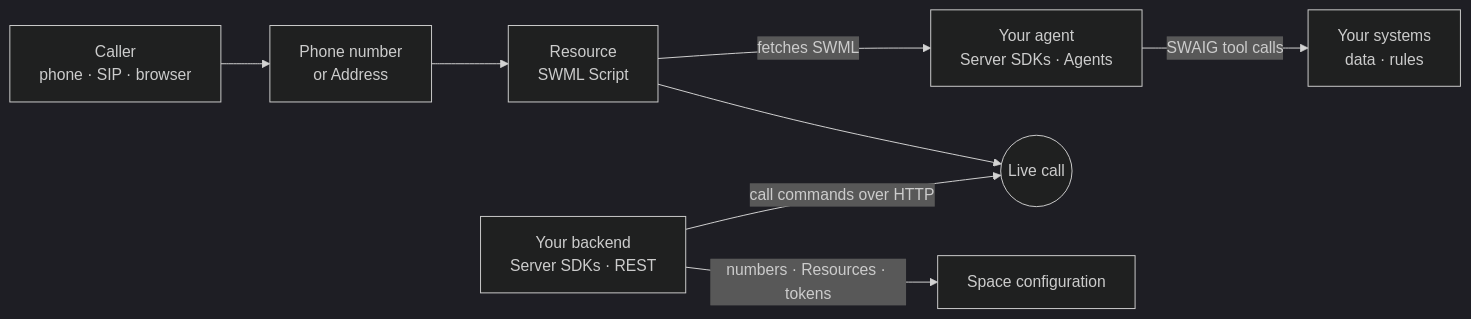
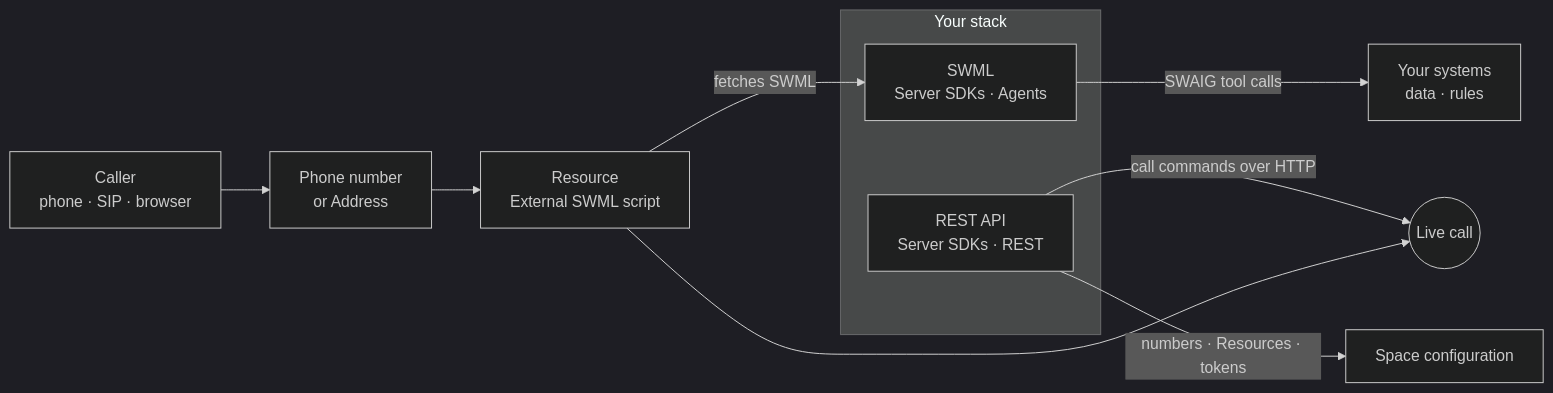
Before and after one commit to signalwire/docs: the diagram in fern/products/platform/pages/platform/call-fabric/pick-a-product.mdx, drawn with Mermaid (dark theme). The commit also changed other lines of this file and 1 other file, not shown here.

````diff
--- a/fern/products/platform/pages/platform/call-fabric/pick-a-product.mdx
+++ b/fern/products/platform/pages/platform/call-fabric/pick-a-product.mdx
@@ -75,10 +147,14 @@
 ```mermaid
 flowchart LR
     Caller["Caller<br/>phone · SIP · browser"] --> Address["Phone number<br/>or Address"]
-    Address --> Resource["Resource<br/>SWML Script"]
-    Resource -- "fetches SWML" --> Agent["Your agent<br/>Server SDKs · Agents"]
+    Address --> Resource["Resource<br/>External SWML script"]
+    subgraph Stack["Your stack"]
+        Agent["SWML<br/>Server SDKs · Agents"]
+        Backend["REST API<br/>Server SDKs · REST"]
+    end
+    Resource -- "fetches SWML" --> Agent
     Agent -- "SWAIG tool calls" --> Systems["Your systems<br/>data · rules"]
-    Backend["Your backend<br/>Server SDKs · REST"] -- "call commands over HTTP" --> Call(("Live call"))
+    Backend -- "call commands over HTTP" --> Call(("Live call"))
     Resource --> Call
     Backend -- "numbers · Resources · tokens" --> Platform["Space configuration"]
 ```
````
